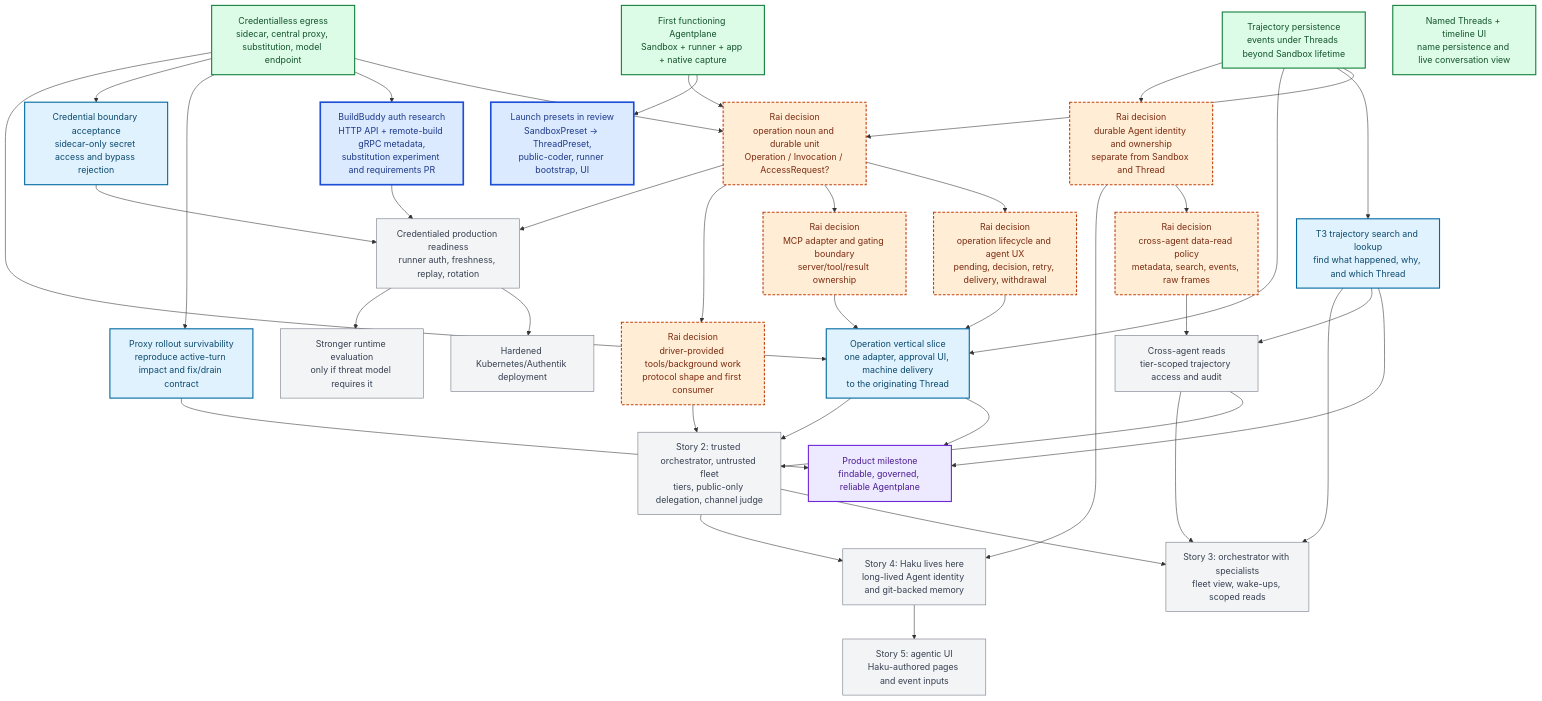
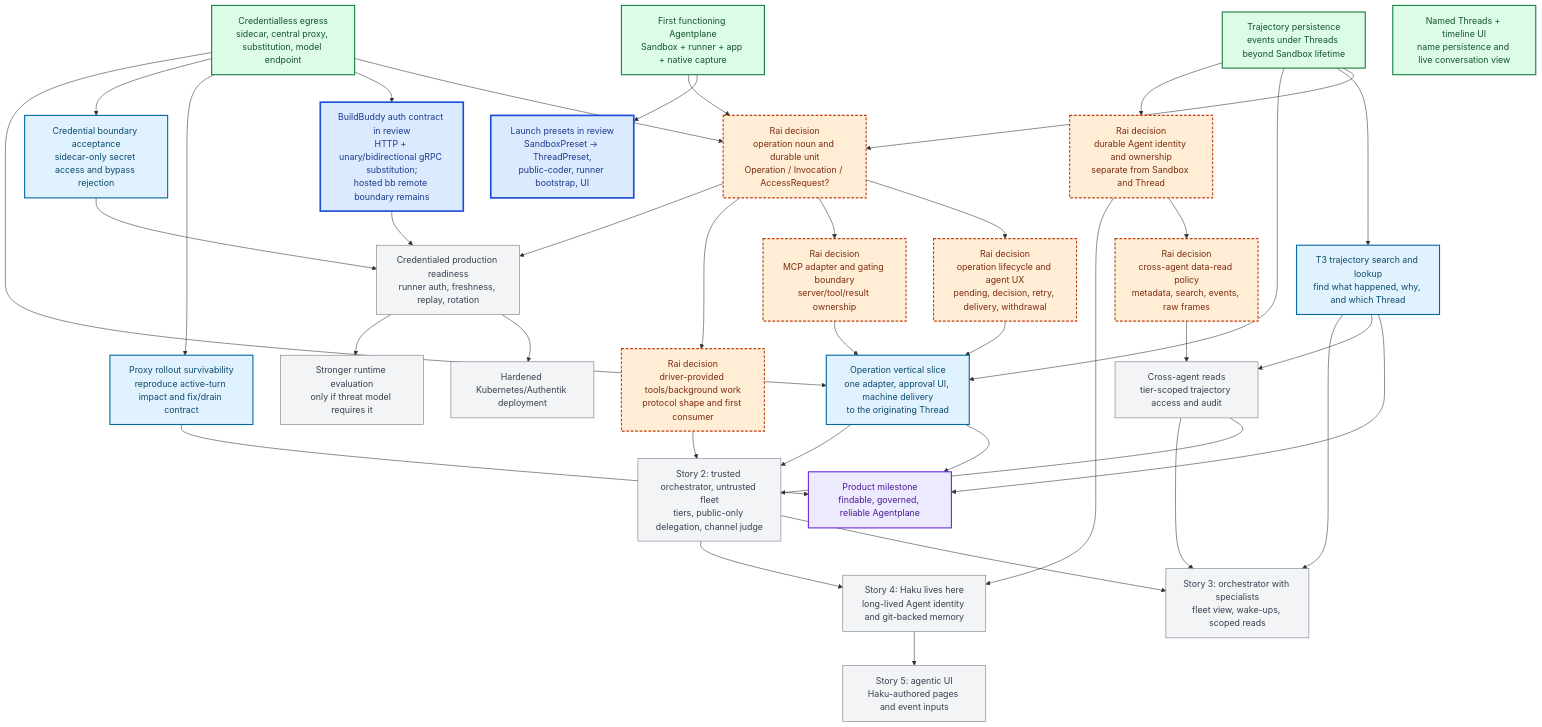
The diagram in x/agentplane/plans/task_dag.md (agentydragon/ducktape), drawn with Mermaid before and after one commit. The commit also changed other lines of this file and 1 other file, not shown here.

Commit message:
docs(agentplane): incorporate measured BuildBuddy boundary

````diff
--- a/x/agentplane/plans/task_dag.md
+++ b/x/agentplane/plans/task_dag.md
@@ -48,77 +51,77 @@
 ```mermaid
 flowchart TB
     classDef completed fill:#dcfce7,stroke:#15803d,color:#14532d,stroke-width:2px
     classDef active fill:#dbeafe,stroke:#1d4ed8,color:#1e3a8a,stroke-width:3px
     classDef ready fill:#e0f2fe,stroke:#0369a1,color:#0c4a6e,stroke-width:2px
     classDef milestone fill:#ede9fe,stroke:#6d28d9,color:#4c1d95,stroke-width:2px
     classDef decision fill:#ffedd5,stroke:#c2410c,color:#7c2d12,stroke-width:2px,stroke-dasharray:5 3
     classDef future fill:#f3f4f6,stroke:#6b7280,color:#374151
 
     F0["First functioning Agentplane<br/>Sandbox + runner + app + native capture"]:::completed
     J["Credentialless egress<br/>sidecar, central proxy, substitution, model endpoint"]:::completed
     T1["Trajectory persistence<br/>events under Threads beyond Sandbox lifetime"]:::completed
     T2["Named Threads + timeline UI<br/>name persistence and live conversation view"]:::completed
 
     LP["Launch presets in review<br/>SandboxPreset → ThreadPreset,<br/>public-coder, runner bootstrap, UI"]:::active
-    BB["BuildBuddy auth research<br/>HTTP API + remote-build gRPC metadata,<br/>substitution experiment and requirements PR"]:::active
+    BB["BuildBuddy auth contract in review<br/>HTTP + unary/bidirectional gRPC substitution;<br/>hosted bb remote boundary remains"]:::active
 
     OPD["Rai decision<br/>operation noun and durable unit<br/>Operation / Invocation / AccessRequest?"]:::decision
     OPS["Rai decision<br/>operation lifecycle and agent UX<br/>pending, decision, retry, delivery, withdrawal"]:::decision
     MCPD["Rai decision<br/>MCP adapter and gating boundary<br/>server/tool/result ownership"]:::decision
     OPI["Operation vertical slice<br/>one adapter, approval UI, machine delivery<br/>to the originating Thread"]:::ready
 
     T3["T3 trajectory search and lookup<br/>find what happened, why, and which Thread"]:::ready
     PR["Proxy rollout survivability<br/>reproduce active-turn impact and fix/drain contract"]:::ready
     SEC["Credential boundary acceptance<br/>sidecar-only secret access and bypass rejection"]:::ready
 
     AGD["Rai decision<br/>durable Agent identity and ownership<br/>separate from Sandbox and Thread"]:::decision
     DATAD["Rai decision<br/>cross-agent data-read policy<br/>metadata, search, events, raw frames"]:::decision
     XREAD["Cross-agent reads<br/>tier-scoped trajectory access and audit"]:::future
 
     DT["Rai decision<br/>driver-provided tools/background work<br/>protocol shape and first consumer"]:::decision
     N["Story 2: trusted orchestrator, untrusted fleet<br/>tiers, public-only delegation, channel judge"]:::future
     O["Story 3: orchestrator with specialists<br/>fleet view, wake-ups, scoped reads"]:::future
     HK["Story 4: Haku lives here<br/>long-lived Agent identity and git-backed memory"]:::future
     UI["Story 5: agentic UI<br/>Haku-authored pages and event inputs"]:::future
     L["Credentialed production readiness<br/>runner auth, freshness, replay, rotation"]:::future
     V["Stronger runtime evaluation<br/>only if threat model requires it"]:::future
     W["Hardened Kubernetes/Authentik deployment"]:::future
     F["Product milestone<br/>findable, governed, reliable Agentplane"]:::milestone
 
     F0 --> LP
     F0 --> OPD
     J --> OPD
     J --> BB
     T1 --> OPD
     T1 --> T3
     J --> PR
     J --> SEC
     OPD --> OPS
     OPD --> MCPD
     OPS --> OPI
     MCPD --> OPI
     J --> OPI
     T1 --> OPI
     T3 --> F
     OPI --> F
     PR --> F
     SEC --> L
     BB --> L
     OPD --> DT
     T1 --> AGD
     AGD --> DATAD
     T3 --> XREAD
     DATAD --> XREAD
     OPI --> N
     XREAD --> N
     DT --> N
     N --> O
     XREAD --> O
     T3 --> O
     N --> HK
     AGD --> HK
     HK --> UI
     L --> W
     OPD --> L
     L --> V
 ```
````
